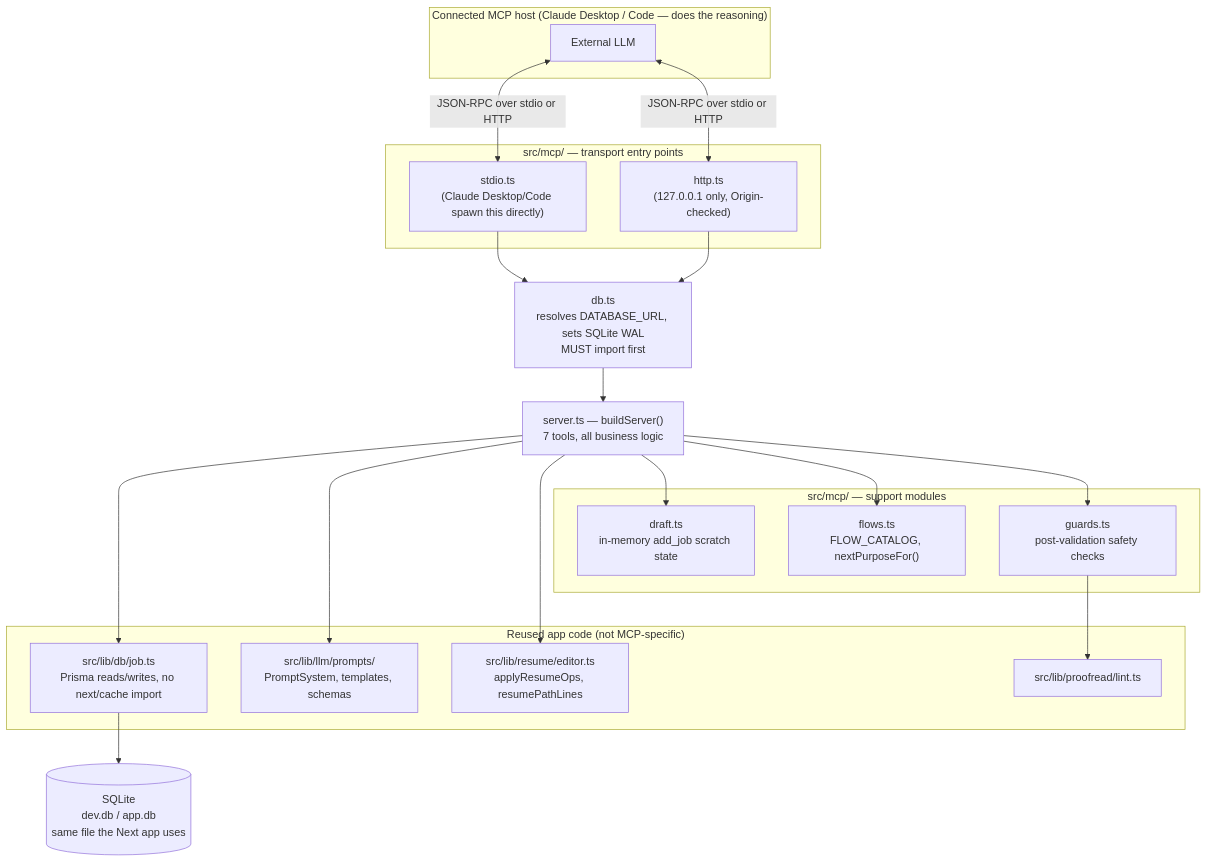
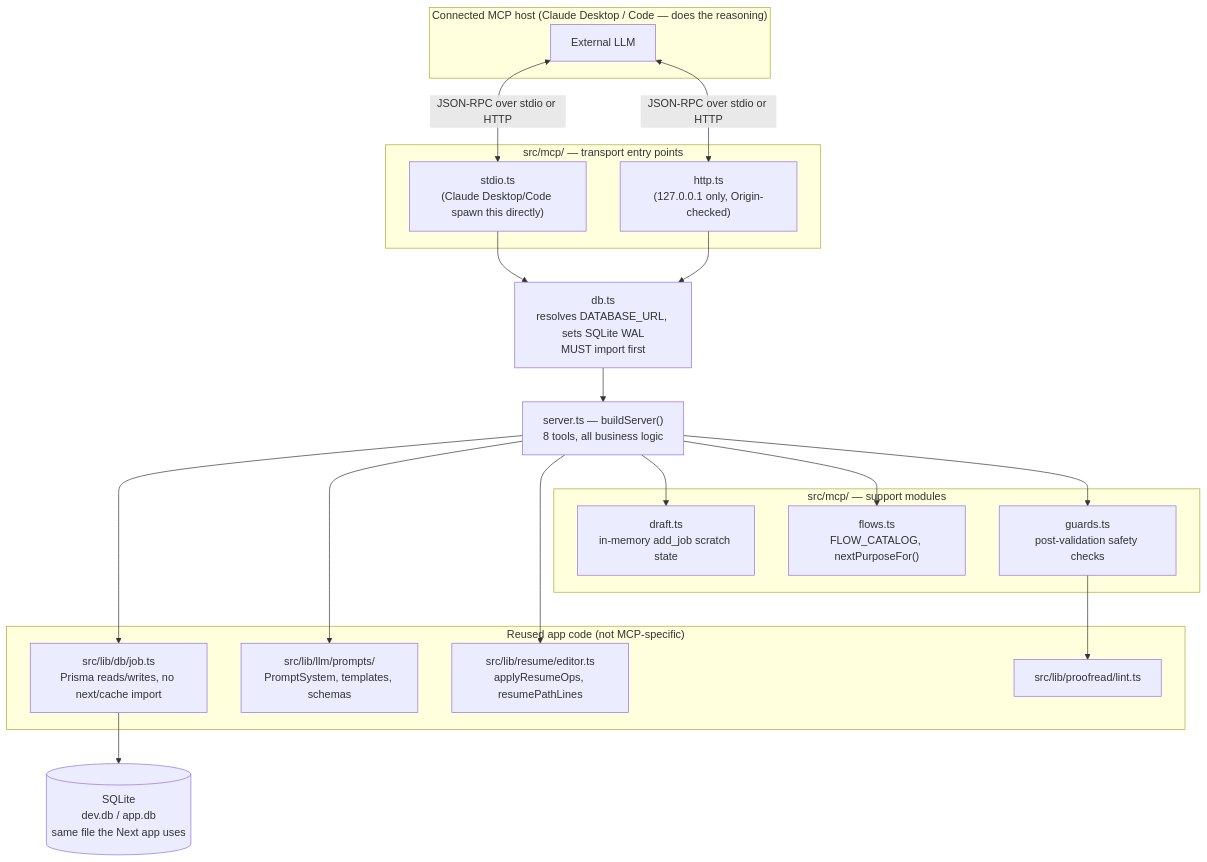
The first of 8 diagrams in docs/MCP_ARCHITECTURE.md (Pranavraut033/resume-builder), drawn with Mermaid before and after one commit. The commit also changed other lines of this file and 8 other files, not shown here.

Commit message:
feat(mcp): add bookmark flow to save a job URL via submit

````diff
--- a/docs/MCP_ARCHITECTURE.md
+++ b/docs/MCP_ARCHITECTURE.md
@@ -19,44 +19,44 @@
 ```mermaid
 graph TD
     subgraph Host["Connected MCP host (Claude Desktop / Code — does the reasoning)"]
         H[External LLM]
     end
 
     subgraph Transport["src/mcp/ — transport entry points"]
         STDIO["stdio.ts<br/>(Claude Desktop/Code spawn this directly)"]
         HTTP["http.ts<br/>(127.0.0.1 only, Origin-checked)"]
     end
 
     DB["db.ts<br/>resolves DATABASE_URL, sets SQLite WAL<br/>MUST import first"]
 
-    SRV["server.ts — buildServer()<br/>7 tools, all business logic"]
+    SRV["server.ts — buildServer()<br/>8 tools, all business logic"]
 
     subgraph Support["src/mcp/ — support modules"]
         DRAFT["draft.ts<br/>in-memory add_job scratch state"]
         FLOWS["flows.ts<br/>FLOW_CATALOG, nextPurposeFor()"]
         GUARDS["guards.ts<br/>post-validation safety checks"]
     end
 
     subgraph Reused["Reused app code (not MCP-specific)"]
         DBJOB["src/lib/db/job.ts<br/>Prisma reads/writes, no next/cache import"]
         PROMPTS["src/lib/llm/prompts/<br/>PromptSystem, templates, schemas"]
         EDITOR["src/lib/resume/editor.ts<br/>applyResumeOps, resumePathLines"]
         LINT["src/lib/proofread/lint.ts"]
     end
 
     SQLITE[("SQLite<br/>dev.db / app.db<br/>same file the Next app uses")]
 
     H <-->|JSON-RPC over stdio or HTTP| STDIO
     H <-->|JSON-RPC over stdio or HTTP| HTTP
     STDIO --> DB
     HTTP --> DB
     DB --> SRV
     SRV --> DRAFT
     SRV --> FLOWS
     SRV --> GUARDS
     SRV --> DBJOB
     SRV --> PROMPTS
     SRV --> EDITOR
     GUARDS --> LINT
     DBJOB --> SQLITE
 ```
````
